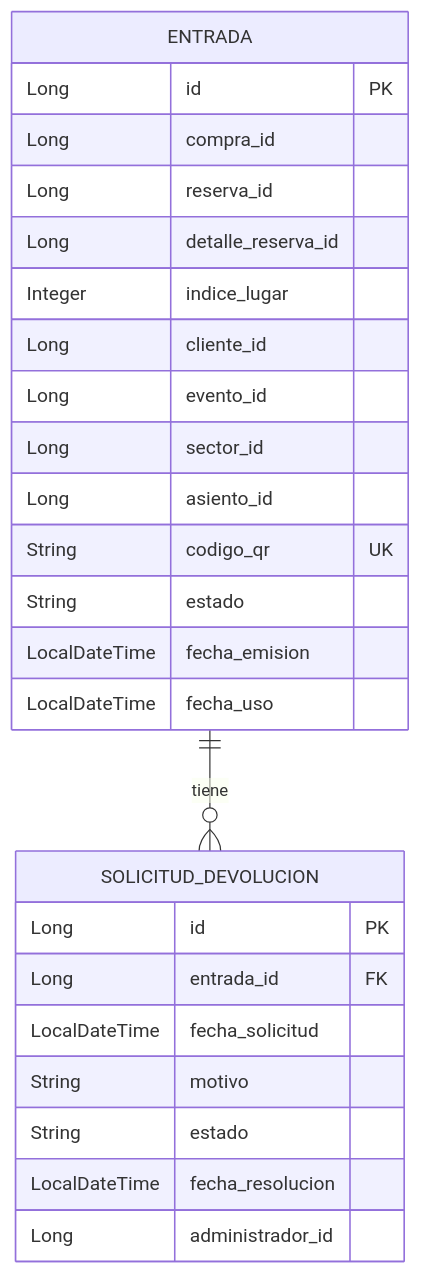
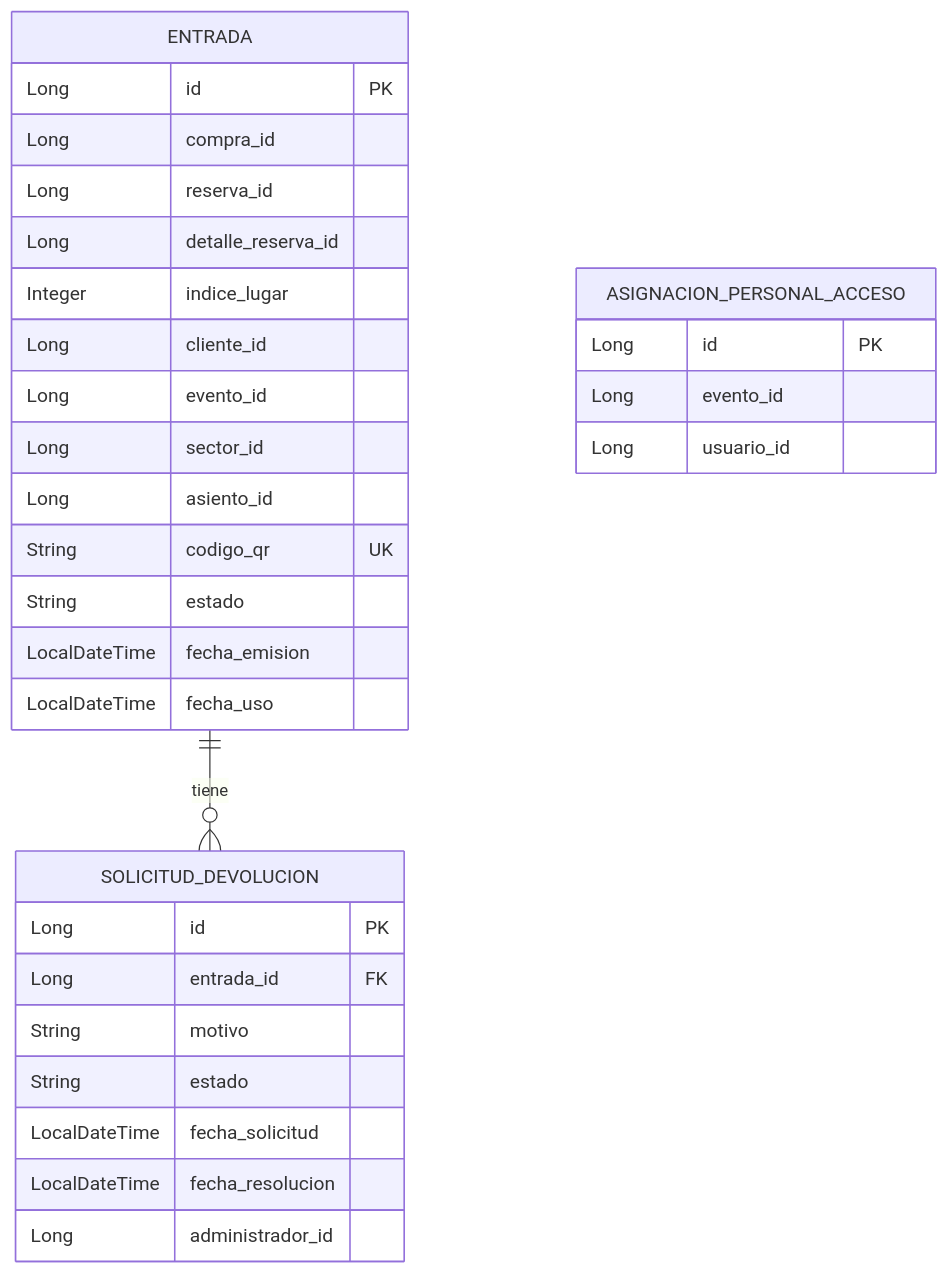
One commit to LuliDiNucci/arquitecturasGrupo12 changed the diagram in TPE-micro2/msvc-entradas/docs/03-MODELO-DE-DATOS.md. Above: the diagram before and after it, drawn with Mermaid. The commit also changed other lines of this file and 294 other files, not shown here.

````diff
--- a/TPE-micro2/msvc-entradas/docs/03-MODELO-DE-DATOS.md
+++ b/TPE-micro2/msvc-entradas/docs/03-MODELO-DE-DATOS.md
@@ -139,30 +55,36 @@
 ```mermaid
 erDiagram
-    ENTRADA ||--o{ SOLICITUD_DEVOLUCION : "tiene"
+    ENTRADA ||--o{ SOLICITUD_DEVOLUCION : tiene
 
     ENTRADA {
         Long id PK
         Long compra_id
         Long reserva_id
         Long detalle_reserva_id
         Integer indice_lugar
         Long cliente_id
         Long evento_id
         Long sector_id
         Long asiento_id
         String codigo_qr UK
         String estado
         LocalDateTime fecha_emision
         LocalDateTime fecha_uso
     }
 
     SOLICITUD_DEVOLUCION {
         Long id PK
         Long entrada_id FK
-        LocalDateTime fecha_solicitud
         String motivo
         String estado
+        LocalDateTime fecha_solicitud
         LocalDateTime fecha_resolucion
         Long administrador_id
     }
+
+    ASIGNACION_PERSONAL_ACCESO {
+        Long id PK
+        Long evento_id
+        Long usuario_id
+    }
 ```
````
